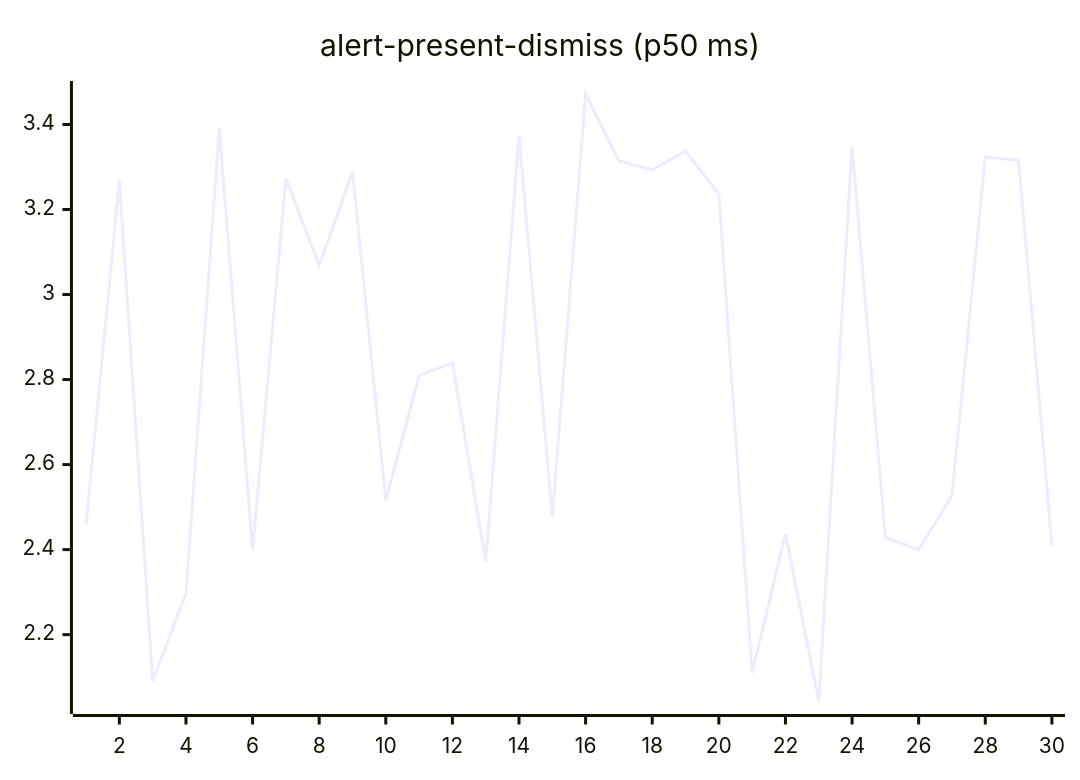
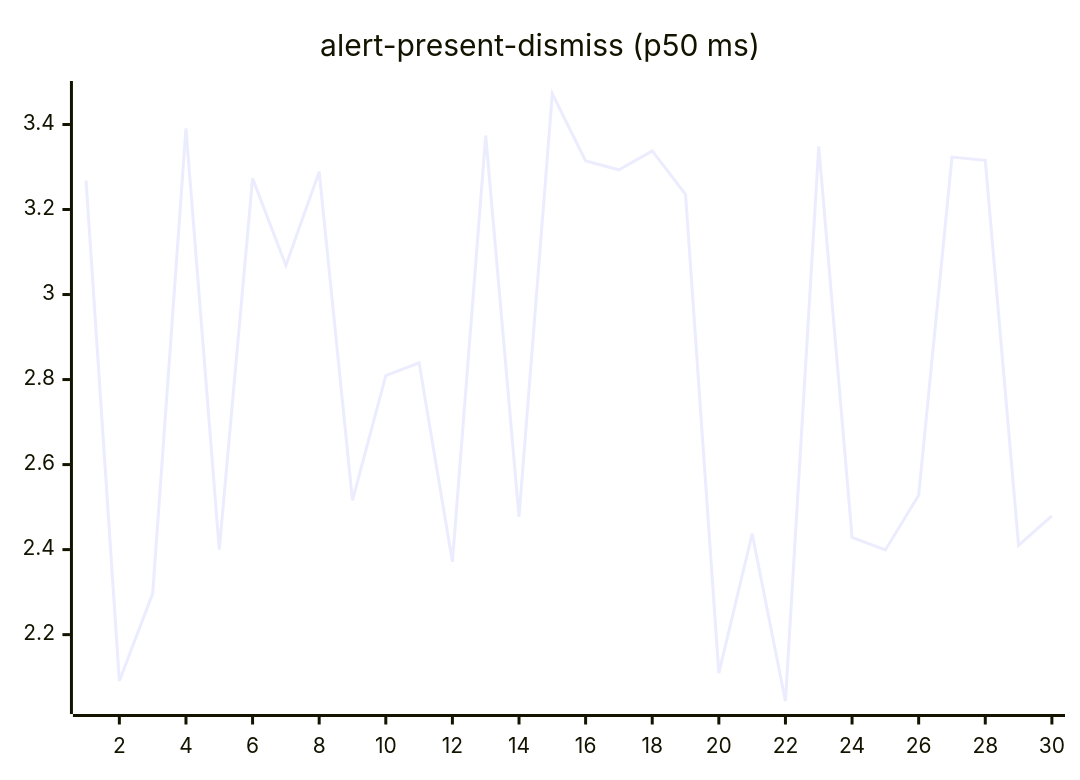
One commit to josha/Facet changed the second of 27 diagrams in README.md. Above: the diagram before and after it, drawn with Mermaid. The commit also changed other lines of this file and 2 other files, not shown here.

````diff
--- a/README.md
+++ b/README.md
@@ -70,6 +70,6 @@
 ```mermaid
 xychart-beta
     title "alert-present-dismiss (p50 ms)"
     x-axis 1 --> 30
-    line [2.4588, 3.2682, 2.0908, 2.2965, 3.3910, 2.4000, 3.2732, 3.0684, 3.2888, 2.5156, 2.8095, 2.8395, 2.3714, 3.3741, 2.4770, 3.4723, 3.3142, 3.2934, 3.3378, 3.2358, 2.1094, 2.4372, 2.0433, 3.3486, 2.4287, 2.3992, 2.5276, 3.3233, 3.3156, 2.4099]
+    line [3.2682, 2.0908, 2.2965, 3.3910, 2.4000, 3.2732, 3.0684, 3.2888, 2.5156, 2.8095, 2.8395, 2.3714, 3.3741, 2.4770, 3.4723, 3.3142, 3.2934, 3.3378, 3.2358, 2.1094, 2.4372, 2.0433, 3.3486, 2.4287, 2.3992, 2.5276, 3.3233, 3.3156, 2.4099, 2.4796]
 ```
````
